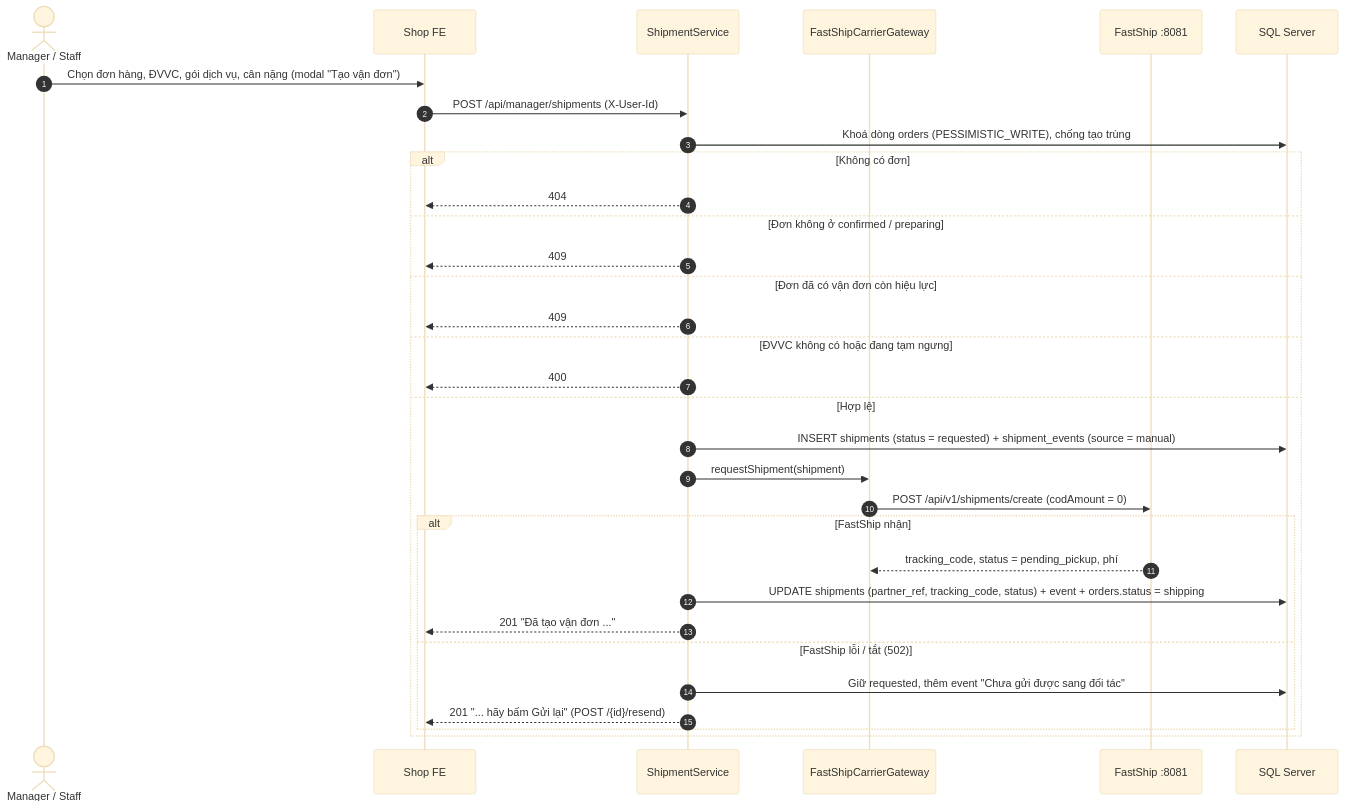
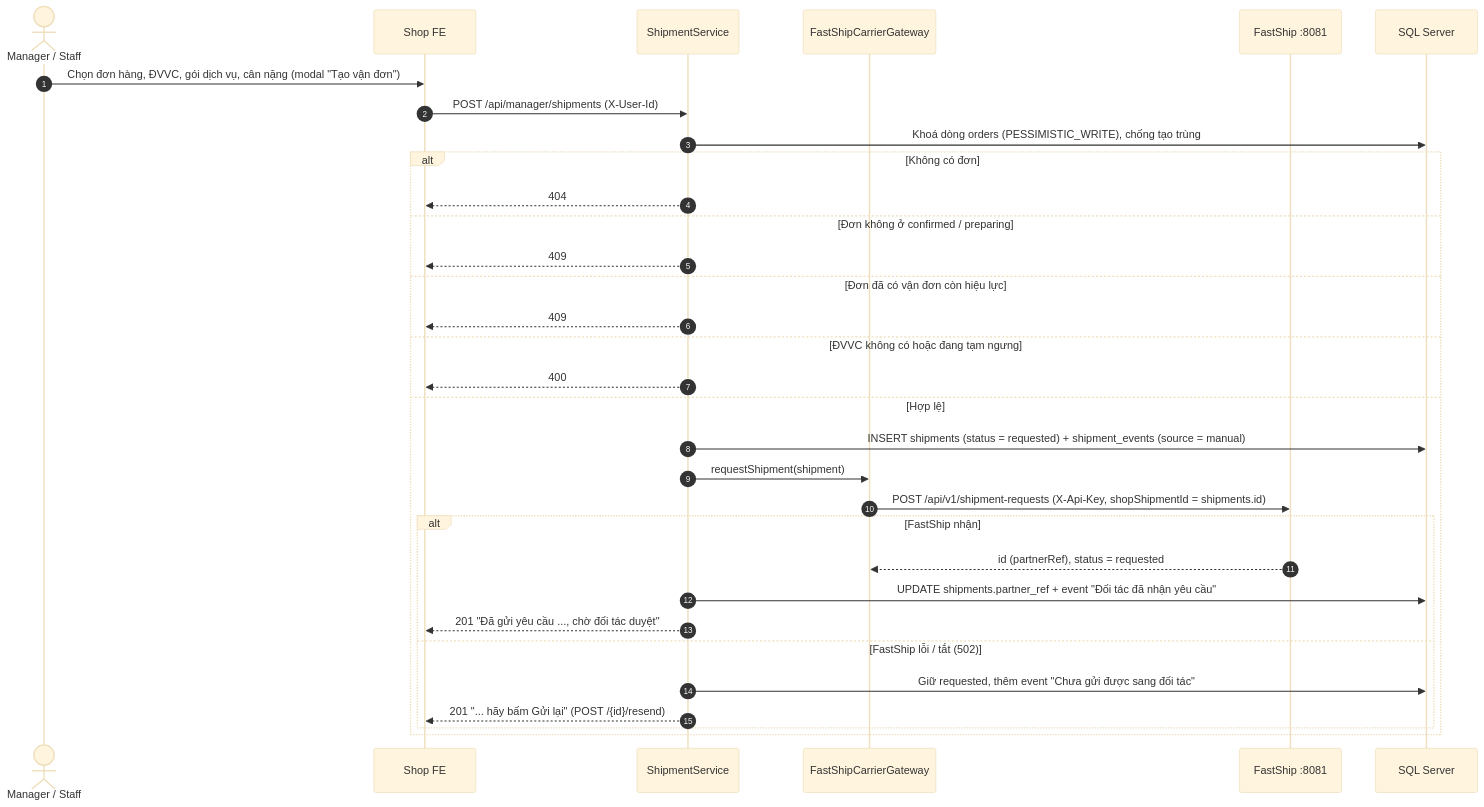
The first of 5 diagrams in documents/module/shipping/flow.md (Tommy217/SBA301_BadmintonShop_SE1986-JV), drawn with Mermaid (base theme) before and after one commit. The commit also changed other lines of this file and 64 other files, not shown here.

````diff
--- a/documents/module/shipping/flow.md
+++ b/documents/module/shipping/flow.md
@@ -31,35 +31,35 @@
 ```mermaid
 sequenceDiagram
     autonumber
     actor Staff as Manager / Staff
     participant FE as Shop FE
     participant BE as ShipmentService
     participant GW as FastShipCarrierGateway
     participant FS as FastShip :8081
     participant DB as SQL Server
 
     Staff->>FE: Chọn đơn hàng, ĐVVC, gói dịch vụ, cân nặng (modal "Tạo vận đơn")
     FE->>BE: POST /api/manager/shipments (X-User-Id)
     BE->>DB: Khoá dòng orders (PESSIMISTIC_WRITE), chống tạo trùng
     alt Không có đơn
         BE-->>FE: 404
     else Đơn không ở confirmed / preparing
         BE-->>FE: 409
     else Đơn đã có vận đơn còn hiệu lực
         BE-->>FE: 409
     else ĐVVC không có hoặc đang tạm ngưng
         BE-->>FE: 400
     else Hợp lệ
         BE->>DB: INSERT shipments (status = requested) + shipment_events (source = manual)
         BE->>GW: requestShipment(shipment)
-        GW->>FS: POST /api/v1/shipments/create (codAmount = 0)
+        GW->>FS: POST /api/v1/shipment-requests (X-Api-Key, shopShipmentId = shipments.id)
         alt FastShip nhận
-            FS-->>GW: tracking_code, status = pending_pickup, phí
-            BE->>DB: UPDATE shipments (partner_ref, tracking_code, status) + event + orders.status = shipping
-            BE-->>FE: 201 "Đã tạo vận đơn ..."
+            FS-->>GW: id (partnerRef), status = requested
+            BE->>DB: UPDATE shipments.partner_ref + event "Đối tác đã nhận yêu cầu"
+            BE-->>FE: 201 "Đã gửi yêu cầu ..., chờ đối tác duyệt"
         else FastShip lỗi / tắt (502)
             BE->>DB: Giữ requested, thêm event "Chưa gửi được sang đối tác"
             BE-->>FE: 201 "... hãy bấm Gửi lại" (POST /{id}/resend)
         end
     end
 ```
````
